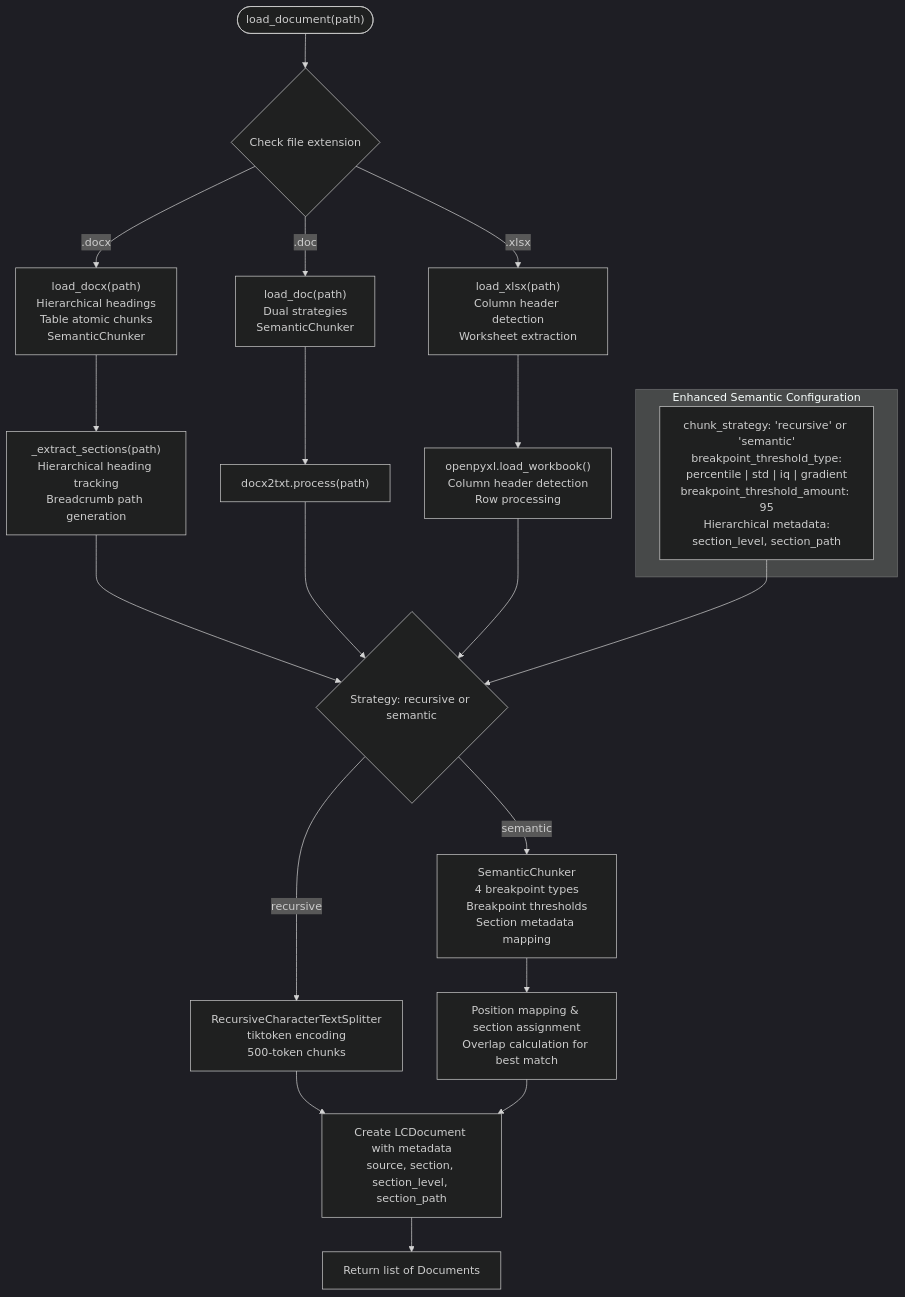
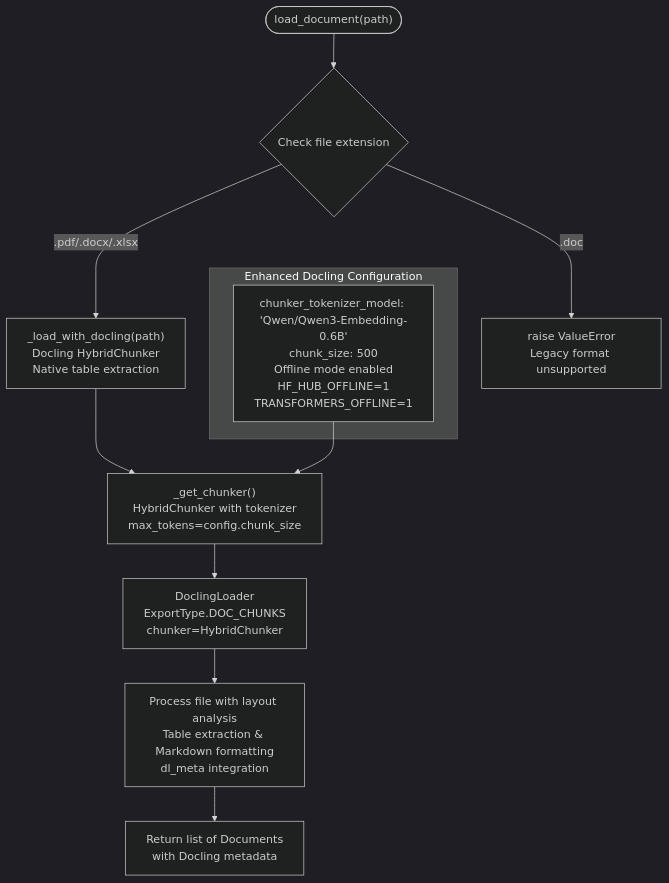
One commit to ognelis/cafetera_hr_bot changed the third of 12 diagrams in .qoder/repowiki/en/content/RAG Integration/RAG Parser Enhancement.md. Above: the diagram before and after it, drawn with Mermaid (dark theme). The commit also changed other lines of this file and 5 other files, not shown here.

````diff
--- a/.qoder/repowiki/en/content/RAG Integration/RAG Parser Enhancement.md
+++ b/.qoder/repowiki/en/content/RAG Integration/RAG Parser Enhancement.md
@@ -290,23 +217,14 @@
 ```mermaid
 flowchart TD
 Start(["load_document(path)"]) --> CheckExt{"Check file extension"}
-CheckExt --> |".docx"| LoadDocx["load_docx(path)<br/>Hierarchical headings<br/>Table atomic chunks<br/>SemanticChunker"]
-CheckExt --> |".doc"| LoadDoc["load_doc(path)<br/>Dual strategies<br/>SemanticChunker"]
-CheckExt --> |".xlsx"| LoadXlsx["load_xlsx(path)<br/>Column header detection<br/>Worksheet extraction"]
-LoadDocx --> Extract["_extract_sections(path)<br/>Hierarchical heading tracking<br/>Breadcrumb path generation"]
-LoadDoc --> ProcessLegacy["docx2txt.process(path)"]
-LoadXlsx --> ProcessExcel["openpyxl.load_workbook()<br/>Column header detection<br/>Row processing"]
-Extract --> Strategy{"Strategy: recursive or semantic"}
-ProcessLegacy --> Strategy
-ProcessExcel --> Strategy
-Strategy --> |"recursive"| RecursiveSplit["RecursiveCharacterTextSplitter<br/>tiktoken encoding<br/>500-token chunks"]
-Strategy --> |"semantic"| SemanticSplit["SemanticChunker<br/>4 breakpoint types<br/>Breakpoint thresholds<br/>Section metadata mapping"]
-RecursiveSplit --> CreateDocs["Create LCDocument with metadata<br/>source, section, section_level, section_path"]
-SemanticSplit --> PositionMapping["Position mapping & section assignment<br/>Overlap calculation for best match"]
-PositionMapping --> CreateDocs
-CreateDocs --> Return["Return list of Documents"]
-subgraph "Enhanced Semantic Configuration"
-Config["chunk_strategy: 'recursive' or 'semantic'<br/>breakpoint_threshold_type:<br/>percentile | std | iq | gradient<br/>breakpoint_threshold_amount: 95<br/>Hierarchical metadata:<br/>section_level, section_path"]
+CheckExt --> |".pdf/.docx/.xlsx"| LoadDocling["_load_with_docling(path)<br/>Docling HybridChunker<br/>Native table extraction"]
+CheckExt --> |".doc"| LoadDoc["raise ValueError<br/>Legacy format unsupported"]
+LoadDocling --> GetChunker["_get_chunker()<br/>HybridChunker with tokenizer<br/>max_tokens=config.chunk_size"]
+GetChunker --> CreateLoader["DoclingLoader<br/>ExportType.DOC_CHUNKS<br/>chunker=HybridChunker"]
+CreateLoader --> ProcessFile["Process file with layout analysis<br/>Table extraction & Markdown formatting<br/>dl_meta integration"]
+ProcessFile --> Return["Return list of Documents<br/>with Docling metadata"]
+subgraph "Enhanced Docling Configuration"
+Config["chunker_tokenizer_model: 'Qwen/Qwen3-Embedding-0.6B'<br/>chunk_size: 500<br/>Offline mode enabled<br/>HF_HUB_OFFLINE=1<br/>TRANSFORMERS_OFFLINE=1"]
 end
-Config --> Strategy
+Config --> GetChunker
 ```
````
